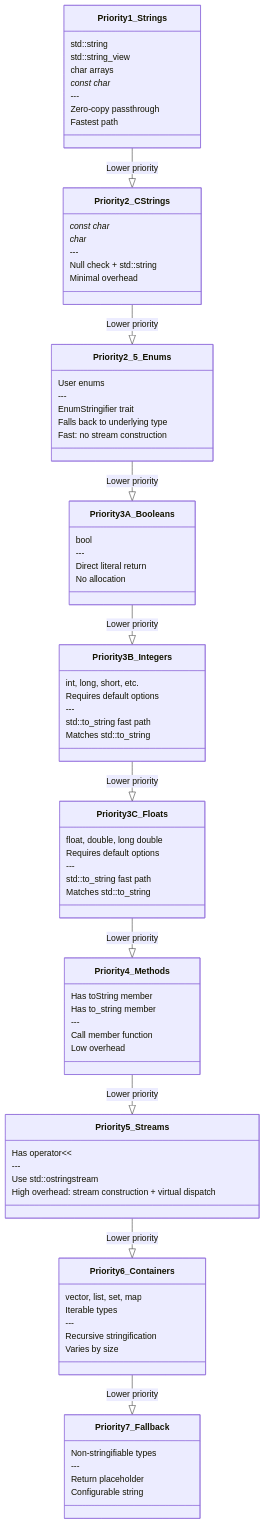
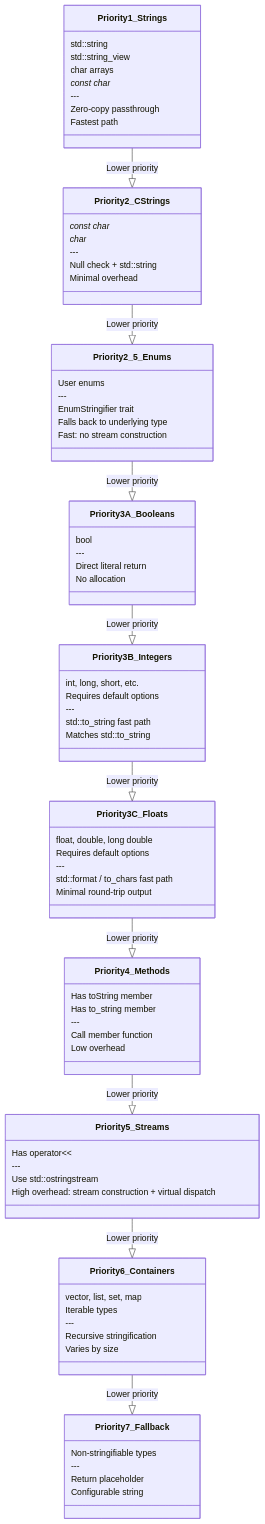
The second of 8 diagrams in components/Stringify/docs/User Manual - Stringify.md (schroedermatthew/FatP), drawn with Mermaid before and after one commit. The commit also changed other lines of this file and 103 other files, not shown here.

```diff
--- a/components/Stringify/docs/User Manual - Stringify.md
+++ b/components/Stringify/docs/User Manual - Stringify.md
@@ -486,8 +486,8 @@
         float, double, long double
         Requires default options
         ---
-        std::to_string fast path
-        Matches std::to_string
+        std::format / to_chars fast path
+        Minimal round-trip output
     }
     
     class Priority4_Methods {
```
